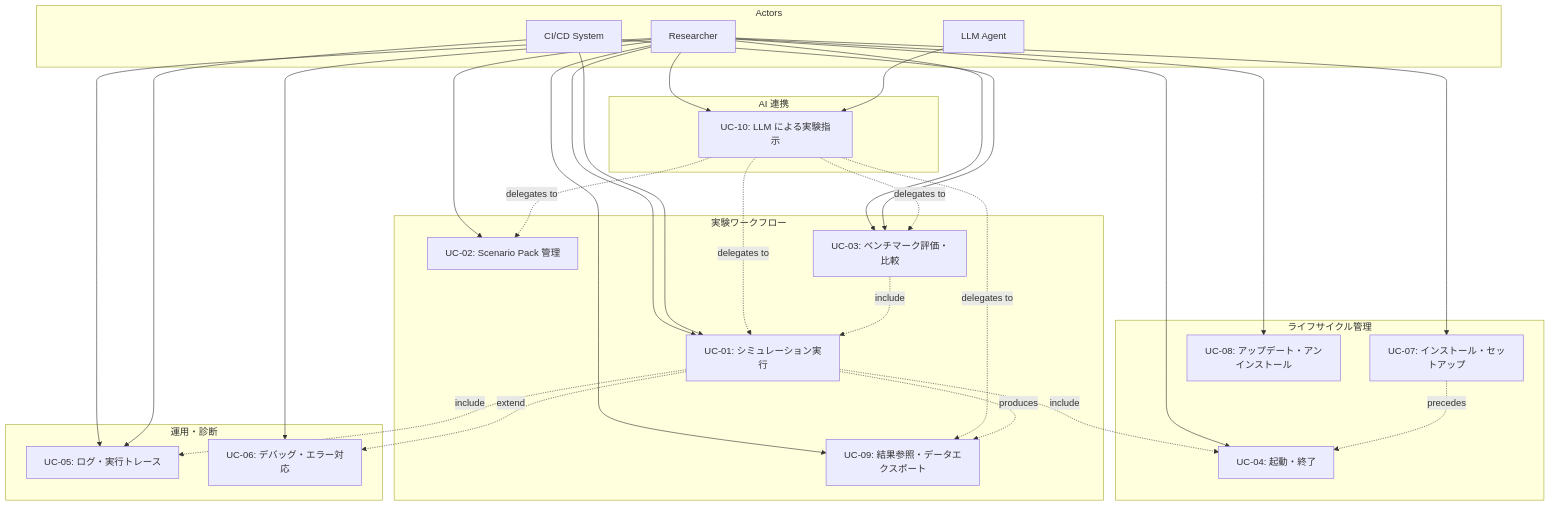
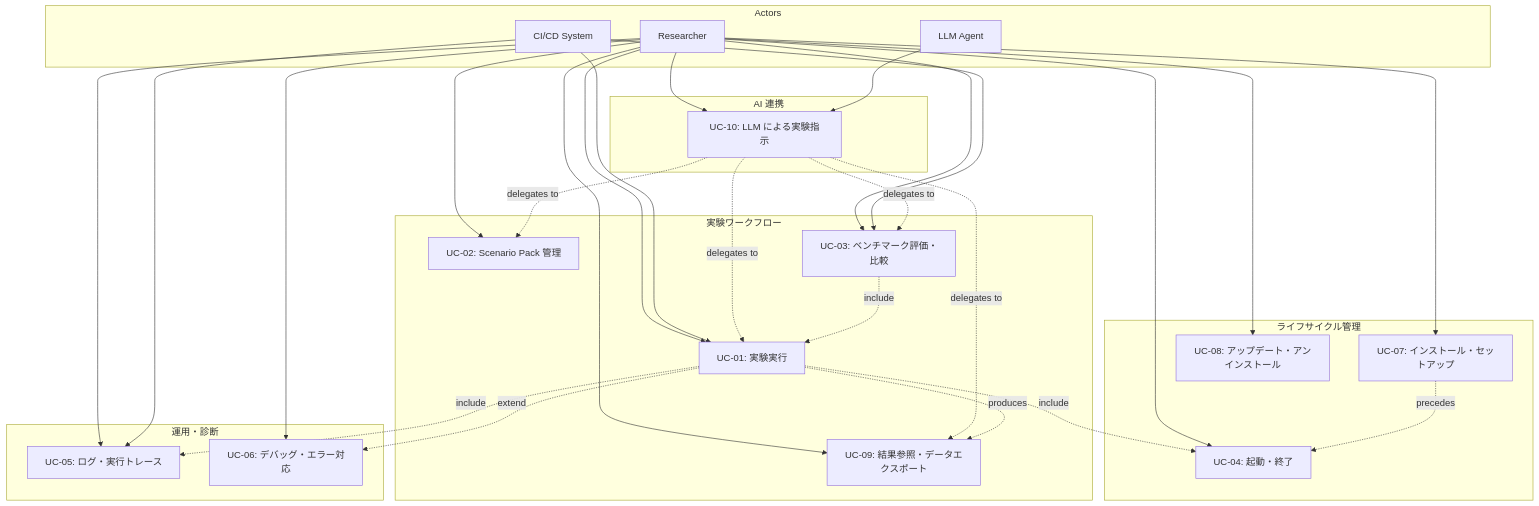
Before and after one commit to bottlenome/gridflow: the first of 4 diagrams in docs/architecture/04_dynamic_view.md, drawn with Mermaid. The commit also changed other lines of this file and 4 other files, not shown here.

````diff
--- a/docs/architecture/04_dynamic_view.md
+++ b/docs/architecture/04_dynamic_view.md
@@ -20,58 +20,58 @@
 ```mermaid
 graph TB
     subgraph Actors
         R[Researcher]
         CI[CI/CD System]
         LLM[LLM Agent]
     end
 
     subgraph "ライフサイクル管理"
         UC07[UC-07: インストール・セットアップ]
         UC08[UC-08: アップデート・アンインストール]
         UC04[UC-04: 起動・終了]
     end
 
     subgraph "実験ワークフロー"
         UC02[UC-02: Scenario Pack 管理]
-        UC01[UC-01: シミュレーション実行]
+        UC01[UC-01: 実験実行]
         UC09[UC-09: 結果参照・データエクスポート]
         UC03[UC-03: ベンチマーク評価・比較]
     end
 
     subgraph "運用・診断"
         UC05[UC-05: ログ・実行トレース]
         UC06[UC-06: デバッグ・エラー対応]
     end
 
     subgraph "AI 連携"
         UC10[UC-10: LLM による実験指示]
     end
 
     R --> UC07
     R --> UC08
     R --> UC04
     R --> UC02
     R --> UC01
     R --> UC09
     R --> UC03
     R --> UC05
     R --> UC06
     R --> UC10
 
     CI --> UC01
     CI --> UC03
     CI --> UC05
 
     LLM --> UC10
     UC10 -.->|delegates to| UC01
     UC10 -.->|delegates to| UC02
     UC10 -.->|delegates to| UC03
     UC10 -.->|delegates to| UC09
 
     UC07 -.->|precedes| UC04
     UC01 -.->|include| UC04
     UC01 -.->|include| UC05
     UC01 -.->|extend| UC06
     UC01 -.->|produces| UC09
     UC03 -.->|include| UC01
 ```
````
